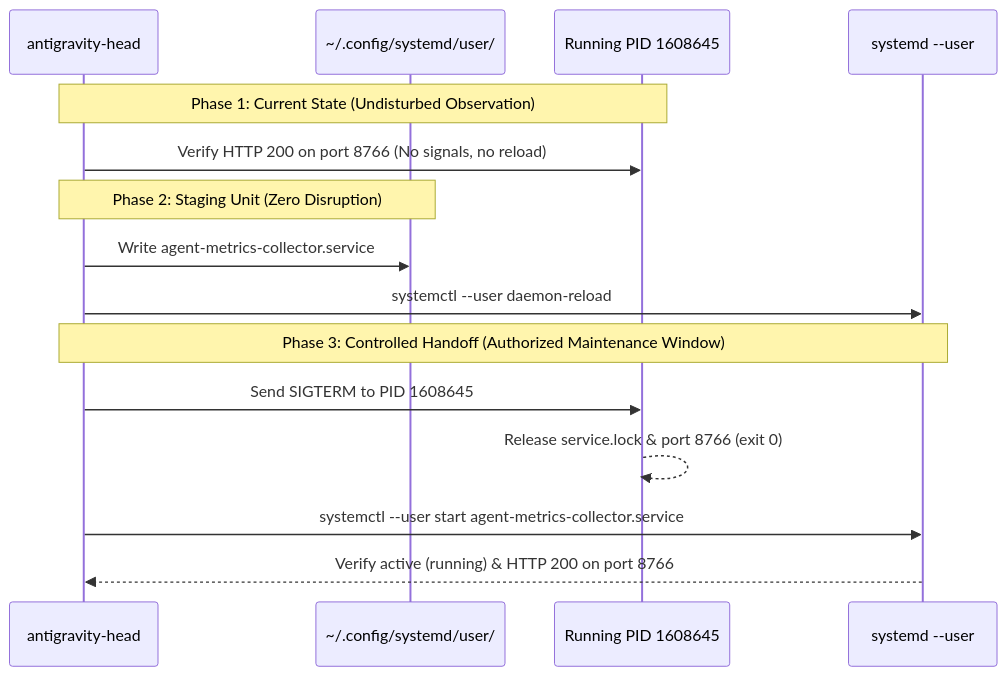
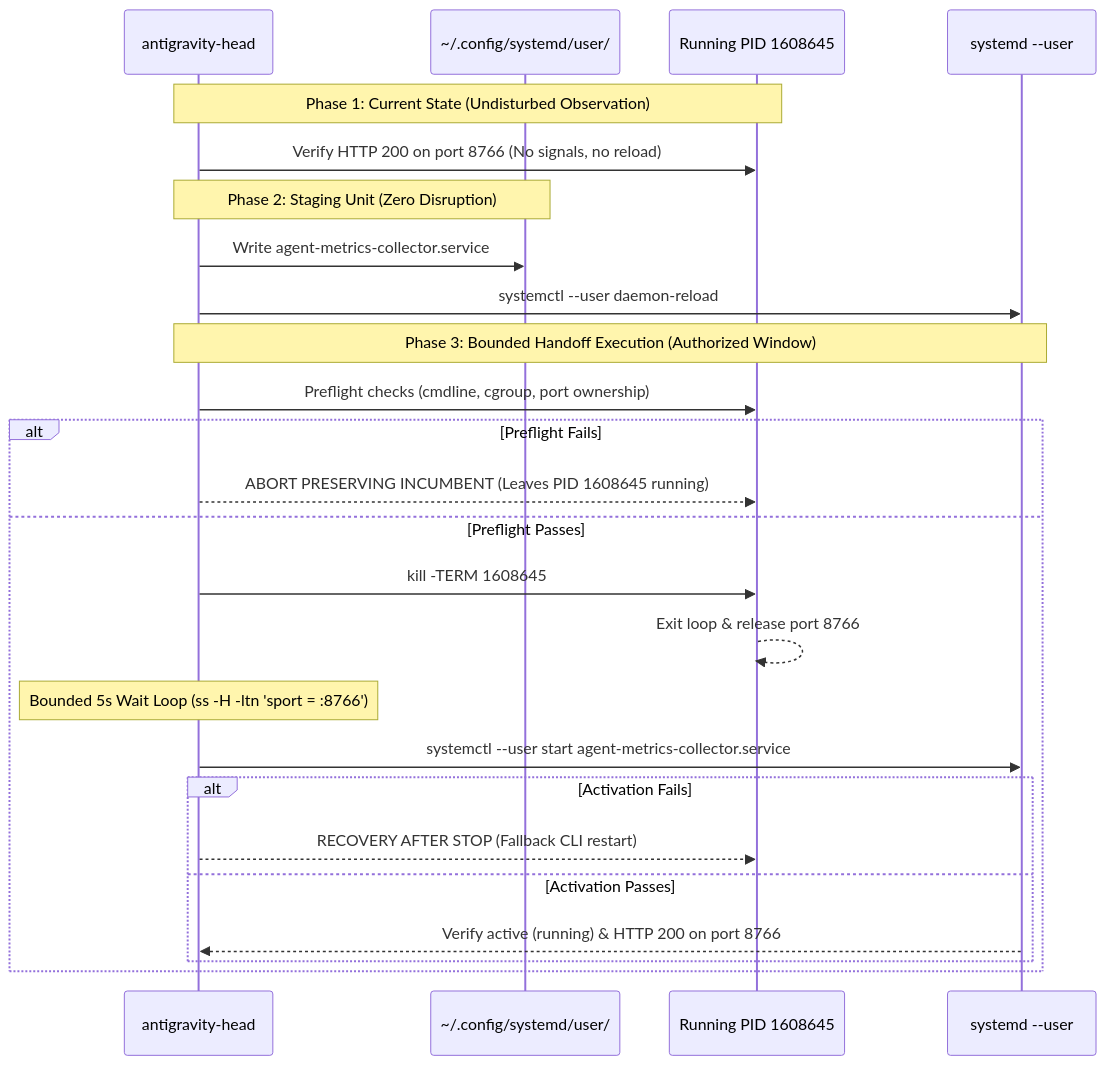
The third of 3 diagrams in research/antigravity/recovery/REPORT-METRICS-COLLECTOR-BINDING.md (alexeygrigorev/cloudflare-agent-git), drawn with Mermaid before and after one commit. The commit also changed other lines of this file and 6 other files, not shown here.

````diff
--- a/research/antigravity/recovery/REPORT-METRICS-COLLECTOR-BINDING.md
+++ b/research/antigravity/recovery/REPORT-METRICS-COLLECTOR-BINDING.md
@@ -197,20 +218,30 @@
 ```mermaid
 sequenceDiagram
     participant Head as antigravity-head
     participant Unit as ~/.config/systemd/user/
     participant Cur as Running PID 1608645
     participant Svc as systemd --user
     
     Note over Head,Cur: Phase 1: Current State (Undisturbed Observation)
     Head->>Cur: Verify HTTP 200 on port 8766 (No signals, no reload)
     
     Note over Head,Unit: Phase 2: Staging Unit (Zero Disruption)
     Head->>Unit: Write agent-metrics-collector.service
     Head->>Svc: systemctl --user daemon-reload
     
-    Note over Head,Svc: Phase 3: Controlled Handoff (Authorized Maintenance Window)
-    Head->>Cur: Send SIGTERM to PID 1608645
-    Cur-->>Cur: Release service.lock & port 8766 (exit 0)
-    Head->>Svc: systemctl --user start agent-metrics-collector.service
-    Svc-->>Head: Verify active (running) & HTTP 200 on port 8766
+    Note over Head,Svc: Phase 3: Bounded Handoff Execution (Authorized Window)
+    Head->>Cur: Preflight checks (cmdline, cgroup, port ownership)
+    alt Preflight Fails
+        Head-->>Cur: ABORT PRESERVING INCUMBENT (Leaves PID 1608645 running)
+    else Preflight Passes
+        Head->>Cur: kill -TERM 1608645
+        Cur-->>Cur: Exit loop & release port 8766
+        Note over Head: Bounded 5s Wait Loop (ss -H -ltn 'sport = :8766')
+        Head->>Svc: systemctl --user start agent-metrics-collector.service
+        alt Activation Fails
+            Head-->>Cur: RECOVERY AFTER STOP (Fallback CLI restart)
+        else Activation Passes
+            Svc-->>Head: Verify active (running) & HTTP 200 on port 8766
+        end
+    end
 ```
````
